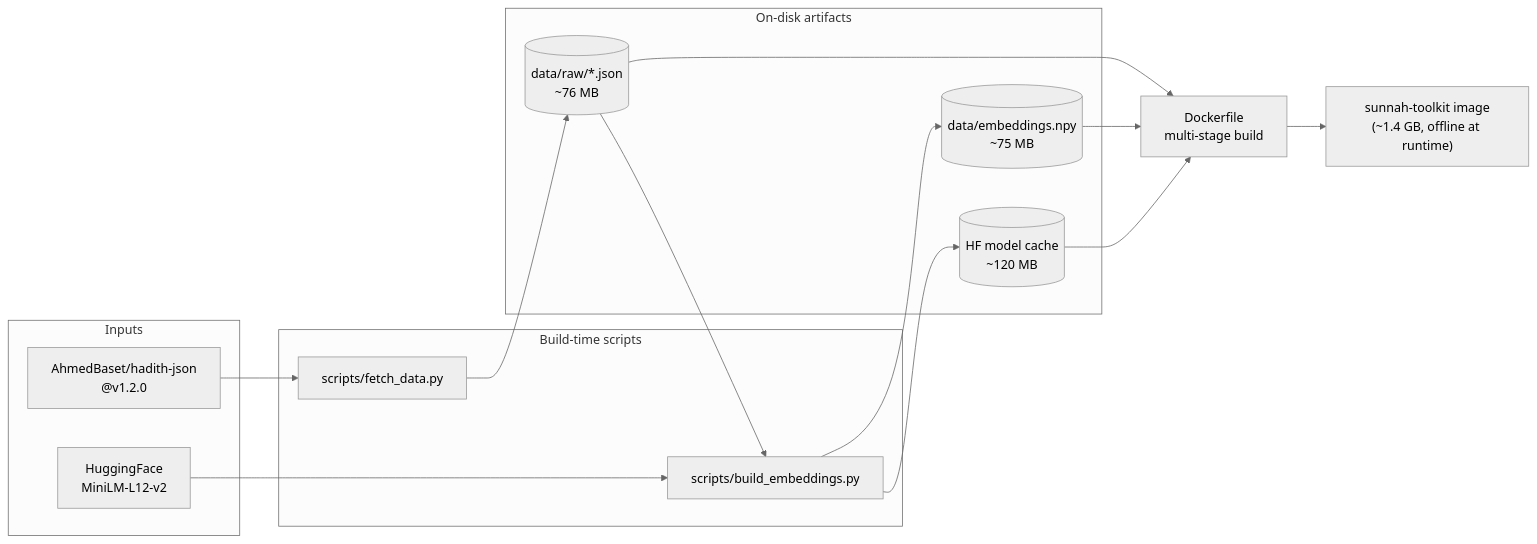
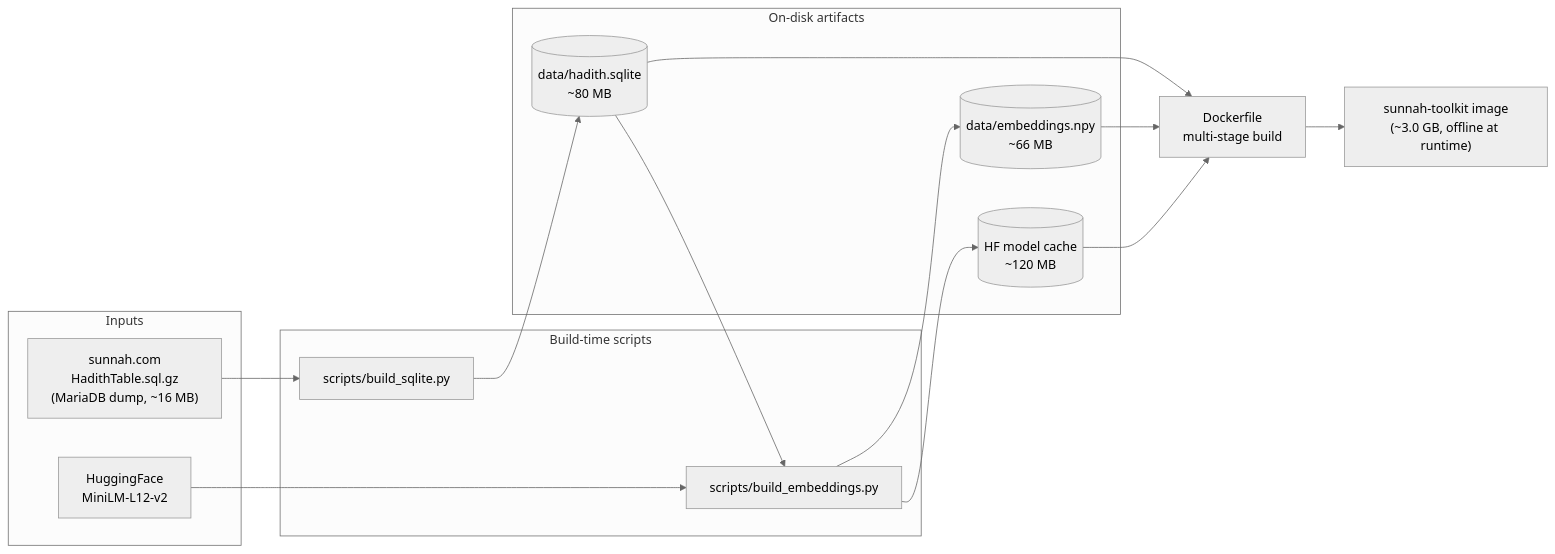
Before and after one commit to hassannjb/sunnah-toolkit: the fifth of 5 diagrams in README.md, drawn with Mermaid (neutral theme). The commit also changed other lines of this file and 4 other files, not shown here.

````diff
--- a/README.md
+++ b/README.md
@@ -157,31 +160,31 @@
 ```mermaid
 graph LR
     subgraph Inputs
-      DS["AhmedBaset/hadith-json<br/>@v1.2.0"]
+      DS["sunnah.com<br/>HadithTable.sql.gz<br/>(MariaDB dump, ~16 MB)"]
       HF["HuggingFace<br/>MiniLM-L12-v2"]
     end
 
     subgraph "Build-time scripts"
-      Fetch["scripts/fetch_data.py"]
+      Sqlite["scripts/build_sqlite.py"]
       Build["scripts/build_embeddings.py"]
     end
 
     subgraph "On-disk artifacts"
-      Raw[("data/raw/*.json<br/>~76 MB")]
-      Emb[("data/embeddings.npy<br/>~75 MB")]
+      DB[("data/hadith.sqlite<br/>~80 MB")]
+      Emb[("data/embeddings.npy<br/>~66 MB")]
       Cache[("HF model cache<br/>~120 MB")]
     end
 
     Docker["Dockerfile<br/>multi-stage build"]
-    Image["sunnah-toolkit image<br/>(~1.4 GB, offline at runtime)"]
+    Image["sunnah-toolkit image<br/>(~3.0 GB, offline at runtime)"]
 
-    DS --> Fetch --> Raw
+    DS --> Sqlite --> DB
     HF --> Build
-    Raw --> Build
+    DB --> Build
     Build --> Emb
     Build --> Cache
-    Raw --> Docker
+    DB --> Docker
     Emb --> Docker
     Cache --> Docker
     Docker --> Image
 ```
````
